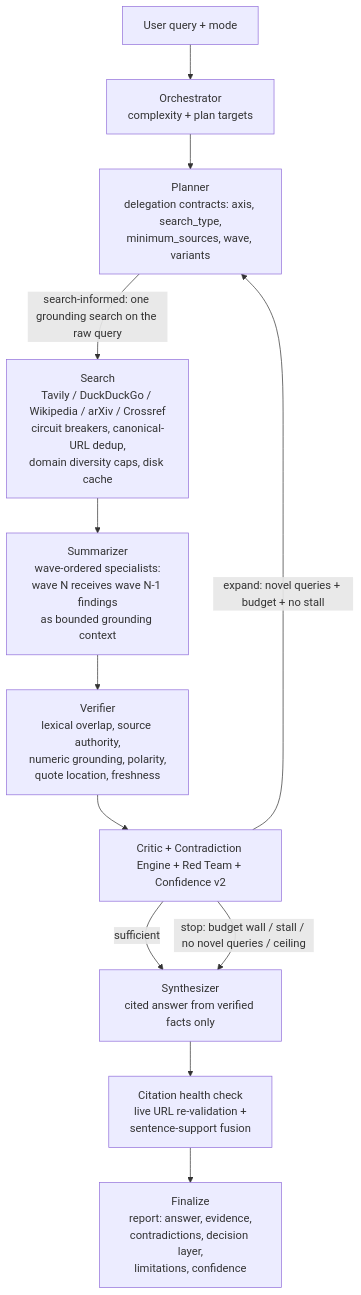
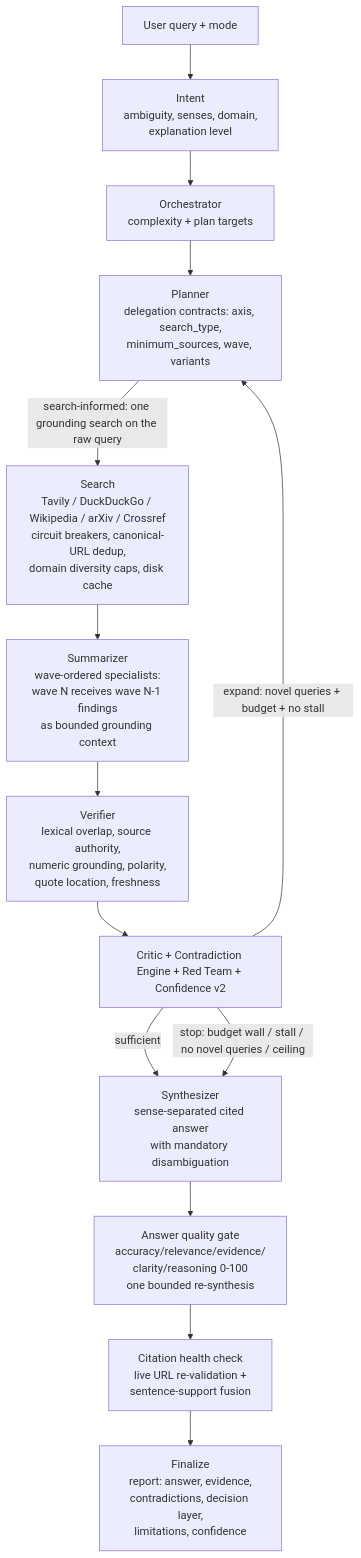
The diagram in ARCHITECTURE.md (AdnanZamanNiloy/mars-ai), drawn with Mermaid before and after one commit. The commit also changed other lines of this file and 3 other files, not shown here.

Commit message:
[docs] v2.1 intent + answer-quality layer in CHANGELOG, README, ARCHITECTURE, CONFIG

````diff
--- a/ARCHITECTURE.md
+++ b/ARCHITECTURE.md
@@ -10,15 +10,17 @@
 ```mermaid
 flowchart TD
-    Q[User query + mode] --> ORCH[Orchestrator<br/>complexity + plan targets]
+    Q[User query + mode] --> IN[Intent<br/>ambiguity, senses, domain,<br/>explanation level]
+    IN --> ORCH[Orchestrator<br/>complexity + plan targets]
     ORCH --> PL[Planner<br/>delegation contracts: axis, search_type,<br/>minimum_sources, wave, variants]
     PL -->|search-informed: one grounding search on the raw query| SE
     SE[Search<br/>Tavily / DuckDuckGo / Wikipedia / arXiv / Crossref<br/>circuit breakers, canonical-URL dedup,<br/>domain diversity caps, disk cache]
     SE --> SU[Summarizer<br/>wave-ordered specialists:<br/>wave N receives wave N-1 findings<br/>as bounded grounding context]
     SU --> VE[Verifier<br/>lexical overlap, source authority,<br/>numeric grounding, polarity,<br/>quote location, freshness]
     VE --> CR[Critic + Contradiction Engine + Red Team + Confidence v2]
-    CR -->|sufficient| SY[Synthesizer<br/>cited answer from verified facts only]
+    CR -->|sufficient| SY[Synthesizer<br/>sense-separated cited answer<br/>with mandatory disambiguation]
     CR -->|expand: novel queries + budget + no stall| PL
     CR -->|stop: budget wall / stall / no novel queries / ceiling| SY
-    SY --> CH[Citation health check<br/>live URL re-validation +<br/>sentence-support fusion]
+    SY --> QG[Answer quality gate<br/>accuracy/relevance/evidence/<br/>clarity/reasoning 0-100<br/>one bounded re-synthesis]
+    QG --> CH[Citation health check<br/>live URL re-validation +<br/>sentence-support fusion]
     CH --> FIN[Finalize<br/>report: answer, evidence,<br/>contradictions, decision layer,<br/>limitations, confidence]
 ```
````
